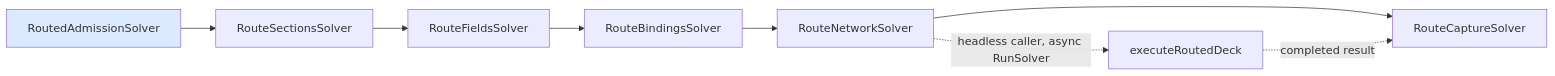
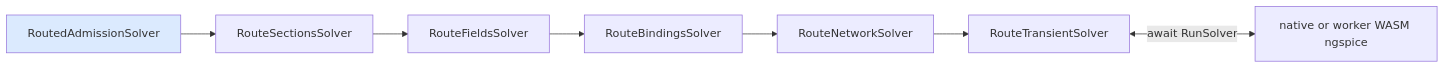
The third of 4 diagrams in README.md (tscircuit/pcb-spice-pipeline), drawn with Mermaid before and after one commit. The commit also changed other lines of this file and 34 other files, not shown here.

Commit message:
feat: run routed transients live through native and WASM ngspice

````diff
--- a/README.md
+++ b/README.md
@@ -128,17 +127,16 @@
 ```mermaid
 flowchart LR
   s0["RoutedAdmissionSolver"]:::root
   s1["RouteSectionsSolver"]
   s2["RouteFieldsSolver"]
   s3["RouteBindingsSolver"]
   s4["RouteNetworkSolver"]
-  s5["RouteCaptureSolver"]
+  s5["RouteTransientSolver"]
   s0 --> s1
   s1 --> s2
   s2 --> s3
   s3 --> s4
   s4 --> s5
-  s4 -. "headless caller, async RunSolver" .-> native[executeRoutedDeck]
-  native -. "completed result" .-> s5
+  s5 <-->|"await RunSolver"| engine["native or worker WASM ngspice"]
   classDef root fill:#dbeafe
 ```
````
